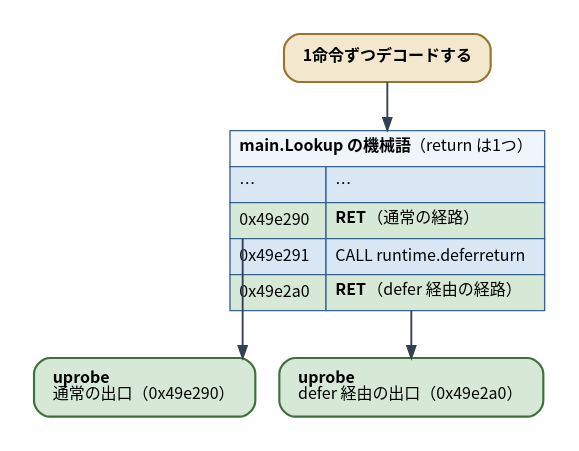
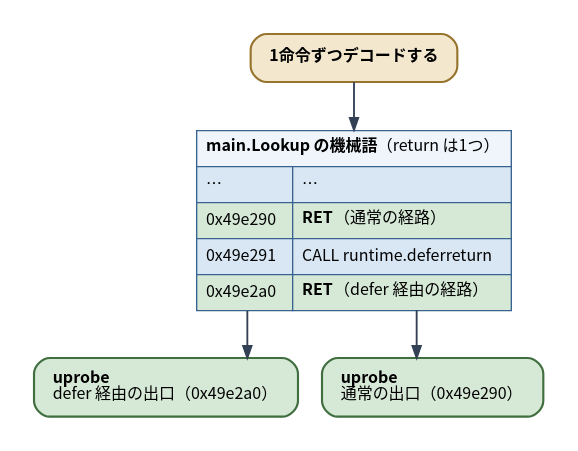
One commit to ymotongpoo/zenn.dev changed the diagram in diagrams/go-ebpf-primer/20260820-ret-uprobes.dot. Above: the diagram before and after it, drawn with Graphviz. The commit also changed 25 other files, not shown here.

First line of the commit message:
fix: 矢印の貫通・先端埋没・角丸切れ・窮屈さを修正（13図）

```diff
--- a/diagrams/go-ebpf-primer/20260820-ret-uprobes.dot
+++ b/diagrams/go-ebpf-primer/20260820-ret-uprobes.dot
@@ -1,39 +1,39 @@
 // 全 RET 命令へのuprobe
 digraph ret_uprobes {
   graph [
     rankdir=TB, splines=ortho,
     fontname="Harano Aji Gothic,Noto Sans CJK JP,IPAGothic", fontsize=13,
     bgcolor="white", pad=0.25
   ];
   node [
     fontname="Harano Aji Gothic,Noto Sans CJK JP,IPAGothic", fontsize=12,
     shape=box, style="rounded,filled",
     fillcolor="#F1F5F9", color="#475569", penwidth=1.6,
     margin="0.2,0.14"
   ];
   edge [
     fontname="Harano Aji Gothic,Noto Sans CJK JP,IPAGothic", fontsize=11,
     color="#334155", penwidth=1.4, arrowsize=0.9,
     fontcolor="#1E293B"
   ];
 
   decode [label=<<b>1命令ずつデコードする</b>>, fillcolor="#F3E8CE", color="#96742E"];
 
   code [shape=plain, style="", label=<
     <table border="0" cellborder="1" cellspacing="0" cellpadding="6" color="#38638F">
       <tr><td colspan="2" align="left" bgcolor="#EFF5FB"><b>main.Lookup の機械語</b>（return は1つ）</td></tr>
       <tr><td align="left" bgcolor="#D9E7F4">…</td><td align="left" bgcolor="#D9E7F4">…</td></tr>
       <tr><td align="left" bgcolor="#D6E8D6" port="ret1">0x49e290</td><td align="left" bgcolor="#D6E8D6" port="ret1r"><b>RET</b>（通常の経路）</td></tr>
       <tr><td align="left" bgcolor="#D9E7F4">0x49e291</td><td align="left" bgcolor="#D9E7F4">CALL runtime.deferreturn</td></tr>
       <tr><td align="left" bgcolor="#D6E8D6" port="ret2">0x49e2a0</td><td align="left" bgcolor="#D6E8D6" port="ret2r"><b>RET</b>（defer 経由の経路）</td></tr>
     </table>>];
 
   up1 [label=<<b>uprobe</b><br align="left"/>通常の出口（0x49e290）<br align="left"/>>, fillcolor="#D6E8D6", color="#3F6E3F"];
   up2 [label=<<b>uprobe</b><br align="left"/>defer 経由の出口（0x49e2a0）<br align="left"/>>, fillcolor="#D6E8D6", color="#3F6E3F"];
 
   { rank=same; up1; up2; }
 
   decode -> code;
-  code:ret1:s -> up1;
+  code -> up1;
   code:ret2:s -> up2;
 }
```
